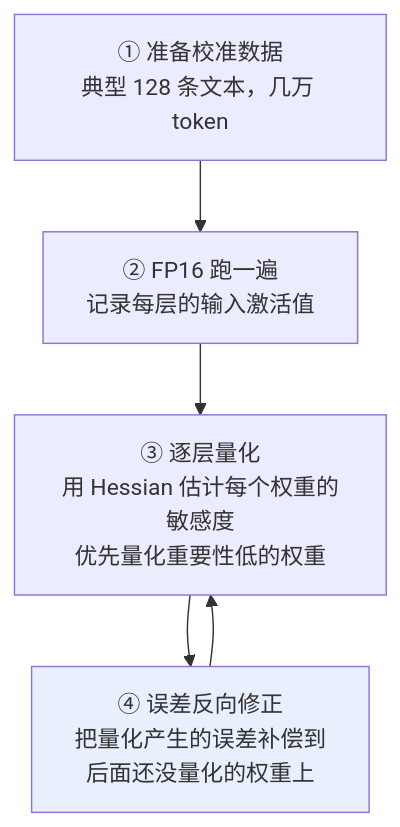
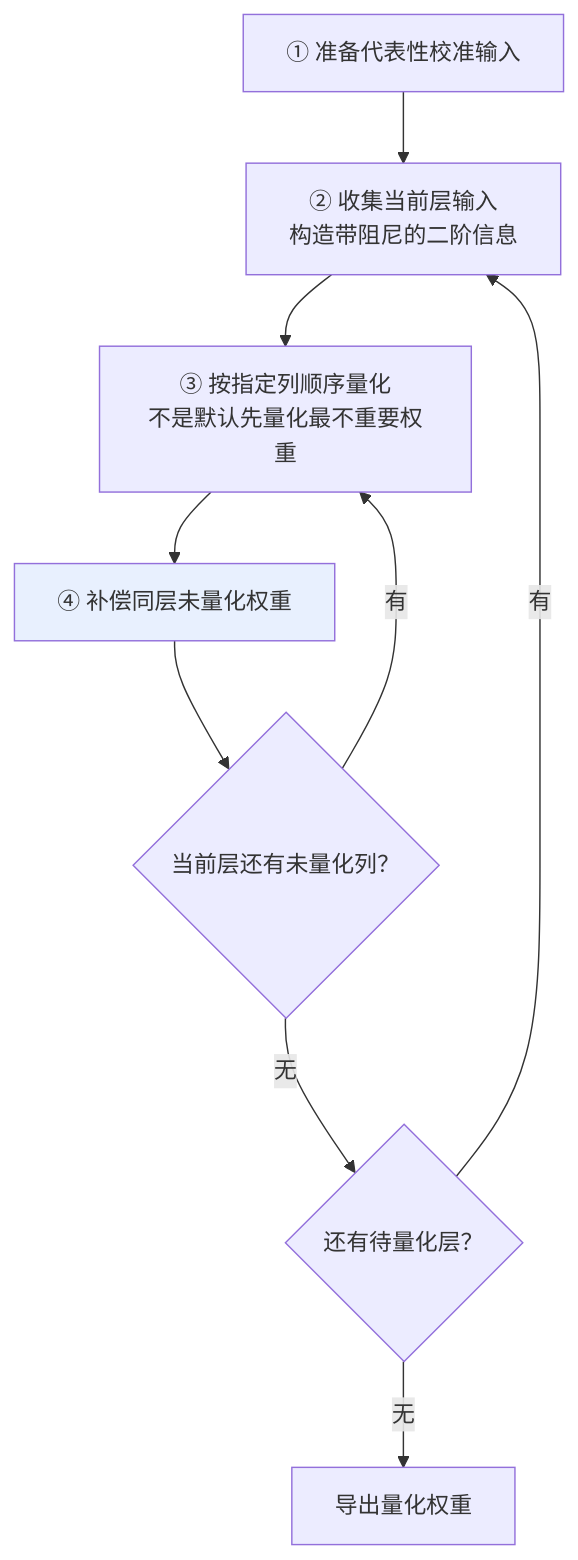
Before and after one commit to oneleaveknowsthefall/awesome-ai-roadmap: the second of 2 diagrams in docs/llm/03-inference-serving/15-quantization.md, drawn with Mermaid. The commit also changed other lines of this file and 45 other files, not shown here.

````diff
--- a/docs/llm/03-inference-serving/15-quantization.md
+++ b/docs/llm/03-inference-serving/15-quantization.md
@@ -104,10 +128,14 @@
 ```mermaid
 flowchart TB
-    S1["① 准备校准数据<br/>典型 128 条文本，几万 token"]
-    S1 --> S2["② FP16 跑一遍<br/>记录每层的输入激活值"]
-    S2 --> S3["③ 逐层量化<br/>用 Hessian 估计每个权重的敏感度<br/>优先量化重要性低的权重"]
-    S3 --> S4["④ 误差反向修正<br/>把量化产生的误差补偿到<br/>后面还没量化的权重上"]
-    S4 --> S3
+    S1["① 准备代表性校准输入"]
+    S1 --> S2["② 收集当前层输入<br/>构造带阻尼的二阶信息"]
+    S2 --> S3["③ 按指定列顺序量化<br/>不是默认先量化最不重要权重"]
+    S3 --> S4["④ 补偿同层未量化权重"]
+    S4 --> MORE{"当前层还有未量化列？"}
+    MORE -->|有| S3
+    MORE -->|无| NEXT{"还有待量化层？"}
+    NEXT -->|有| S2
+    NEXT -->|无| DONE["导出量化权重"]
 
     style S4 fill:#e8f0fe
 ```
````
